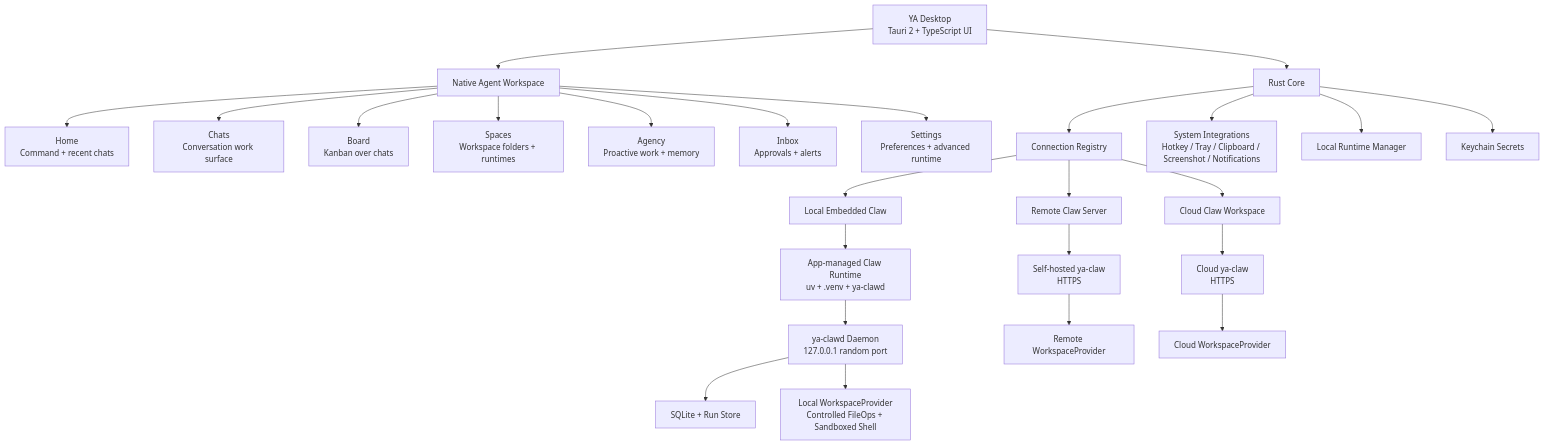
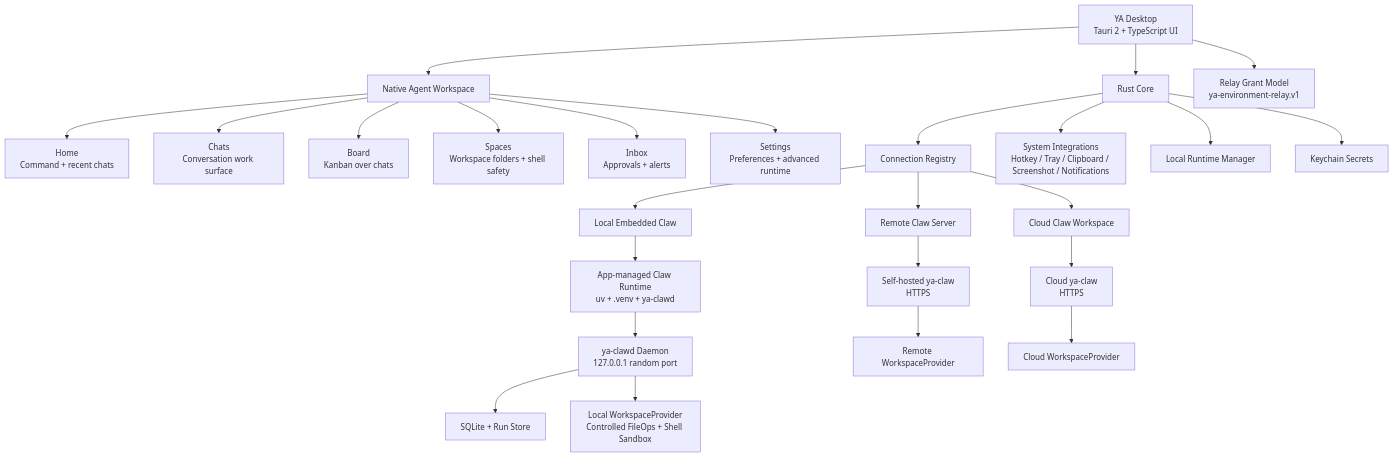
One commit to Alexsu26/ya-mono changed the first of 2 diagrams in apps/ya-desktop/spec/00-overview.md. Above: the diagram before and after it, drawn with Mermaid. The commit also changed other lines of this file and 118 other files, not shown here.

First line of the commit message:
feat(shell): add opt-in local shell sandboxing (#267)

````diff
--- a/apps/ya-desktop/spec/00-overview.md
+++ b/apps/ya-desktop/spec/00-overview.md
@@ -24,33 +23,33 @@
 ```mermaid
 flowchart TB
     Desktop[YA Desktop<br/>Tauri 2 + TypeScript UI] --> Product[Native Agent Workspace]
     Desktop --> RustCore[Rust Core]
 
     Product --> Home[Home<br/>Command + recent chats]
     Product --> Chats[Chats<br/>Conversation work surface]
     Product --> Board[Board<br/>Kanban over chats]
-    Product --> Spaces[Spaces<br/>Workspace folders + runtimes]
-    Product --> Agency[Agency<br/>Proactive work + memory]
+    Product --> Spaces[Spaces<br/>Workspace folders + shell safety]
     Product --> Inbox[Inbox<br/>Approvals + alerts]
     Product --> Settings[Settings<br/>Preferences + advanced runtime]
 
     RustCore --> Registry[Connection Registry]
     RustCore --> System[System Integrations<br/>Hotkey / Tray / Clipboard / Screenshot / Notifications]
     RustCore --> RuntimeManager[Local Runtime Manager]
     RustCore --> Keychain[Keychain Secrets]
 
     Registry --> LocalConn[Local Embedded Claw]
     Registry --> RemoteConn[Remote Claw Server]
     Registry --> CloudConn[Cloud Claw Workspace]
 
     LocalConn --> Runtime[App-managed Claw Runtime<br/>uv + .venv + ya-clawd]
     Runtime --> LocalDaemon[ya-clawd Daemon<br/>127.0.0.1 random port]
     LocalDaemon --> LocalStore[SQLite + Run Store]
-    LocalDaemon --> LocalWorkspace[Local WorkspaceProvider<br/>Controlled FileOps + Sandboxed Shell]
+    LocalDaemon --> LocalWorkspace[Local WorkspaceProvider<br/>Controlled FileOps + Shell Sandbox]
+    Desktop --> RelayPrep[Relay Grant Model<br/>ya-environment-relay.v1]
 
     RemoteConn --> RemoteClaw[Self-hosted ya-claw<br/>HTTPS]
     CloudConn --> CloudClaw[Cloud ya-claw<br/>HTTPS]
 
     RemoteClaw --> RemoteWorkspace[Remote WorkspaceProvider]
     CloudClaw --> CloudWorkspace[Cloud WorkspaceProvider]
 ```
````
